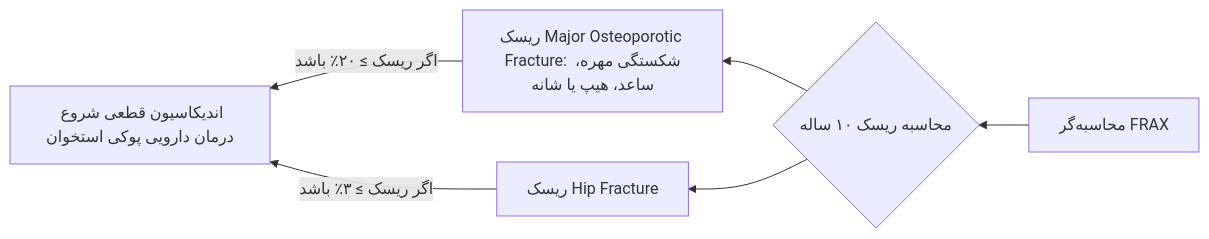
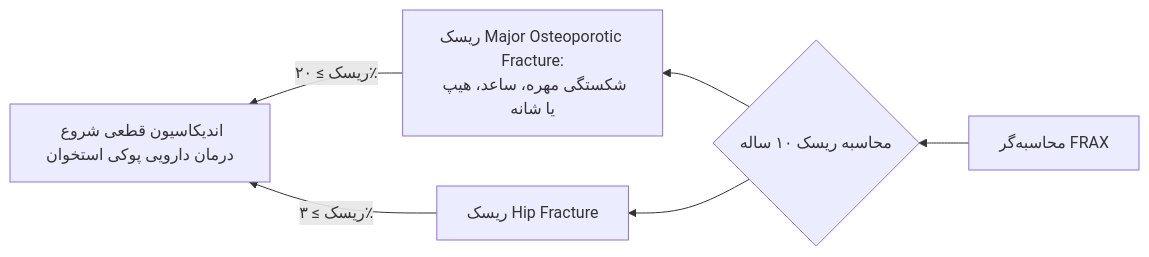
Before and after one commit to neopulse-hub/TUMS-1402-1-neo: the fifth of 7 diagrams in 07/مبانی غدد/متابولیسم استخوان.md, drawn with Mermaid. The commit also changed other lines of this file, not shown here.

Commit message:
Update متابولیسم استخوان.md

````diff
--- a/07/مبانی غدد/متابولیسم استخوان.md
+++ b/07/مبانی غدد/متابولیسم استخوان.md
@@ -236,9 +234,9 @@
 ```mermaid
 flowchart RL
     Calc[محاسبه‌گر FRAX] --> Output{محاسبه ریسک ۱۰ ساله}
-    Output --> MOF[ریسک Major Osteoporotic Fracture: شکستگی مهره، ساعد، هیپ یا شانه]
+    Output --> MOF[ریسک Major Osteoporotic Fracture:<br>شکستگی مهره، ساعد، هیپ یا شانه]
     Output --> HF[ریسک Hip Fracture]
     
-    MOF -->|اگر ریسک ≥ ۲۰٪ باشد| Treat[اندیکاسیون قطعی شروع درمان دارویی پوکی استخوان]
-    HF -->|اگر ریسک ≥ ۳٪ باشد| Treat
+    MOF -->|ریسک ≥ ۲۰٪| Treat[اندیکاسیون قطعی شروع درمان دارویی پوکی استخوان]
+    HF -->|ریسک ≥ ۳٪| Treat
 ```
````
